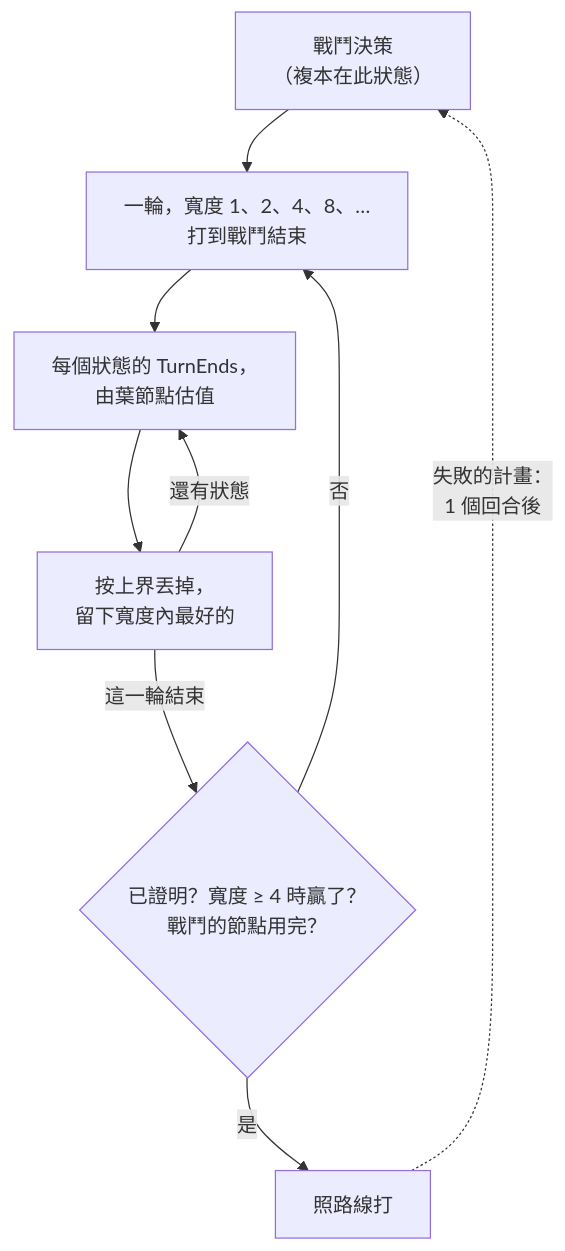
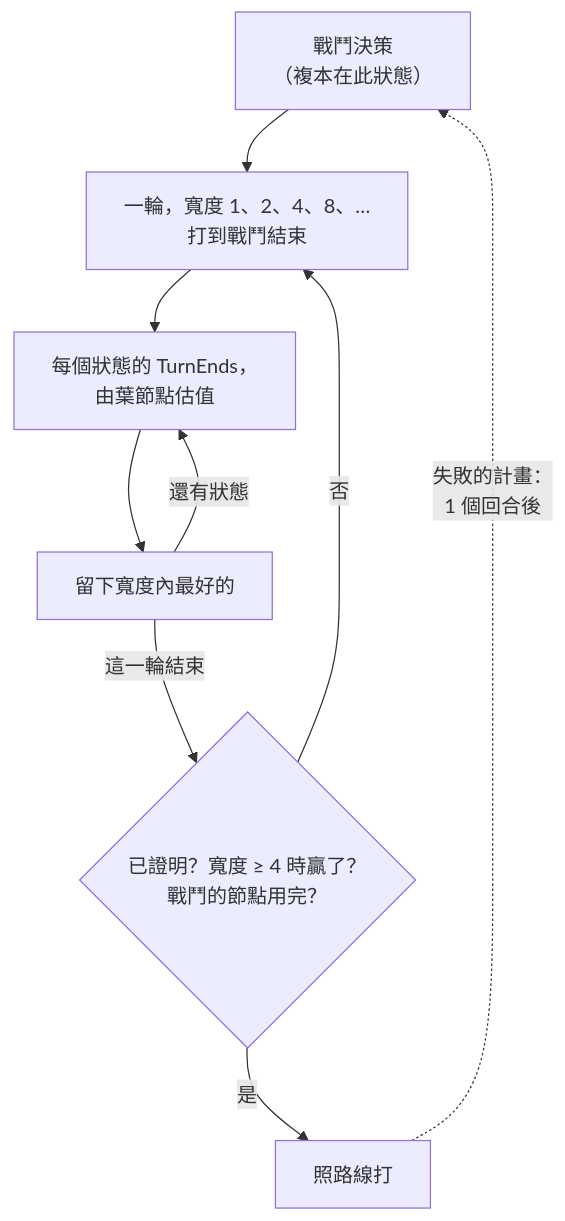
One commit to shinnku-nikaidou/spire-zero changed the second of 2 diagrams in docs/src/content/docs/zh-tw/arch/sl-planner/index.mdx. Above: the diagram before and after it, drawn with Mermaid. The commit also changed other lines of this file and 128 other files, not shown here.

````diff
--- a/docs/src/content/docs/zh-tw/arch/sl-planner/index.mdx
+++ b/docs/src/content/docs/zh-tw/arch/sl-planner/index.mdx
@@ -81,11 +81,11 @@
 ```mermaid
 flowchart TD
   D["戰鬥決策<br/>（複本在此狀態）"] --> W["一輪，寬度 1、2、4、8、…<br/>打到戰鬥結束"]
   W --> E["每個狀態的 TurnEnds，<br/>由葉節點估值"]
-  E --> B["按上界丟掉，<br/>留下寬度內最好的"]
+  E --> B["留下寬度內最好的"]
   B -->|"還有狀態"| E
   B -->|"這一輪結束"| S{"已證明？寬度 ≥ 4 時贏了？<br/>戰鬥的節點用完？"}
   S -->|"否"| W
   S -->|"是"| F["照路線打"]
   F -.->|"失敗的計畫：<br/>1 個回合後"| D
 ```
````
